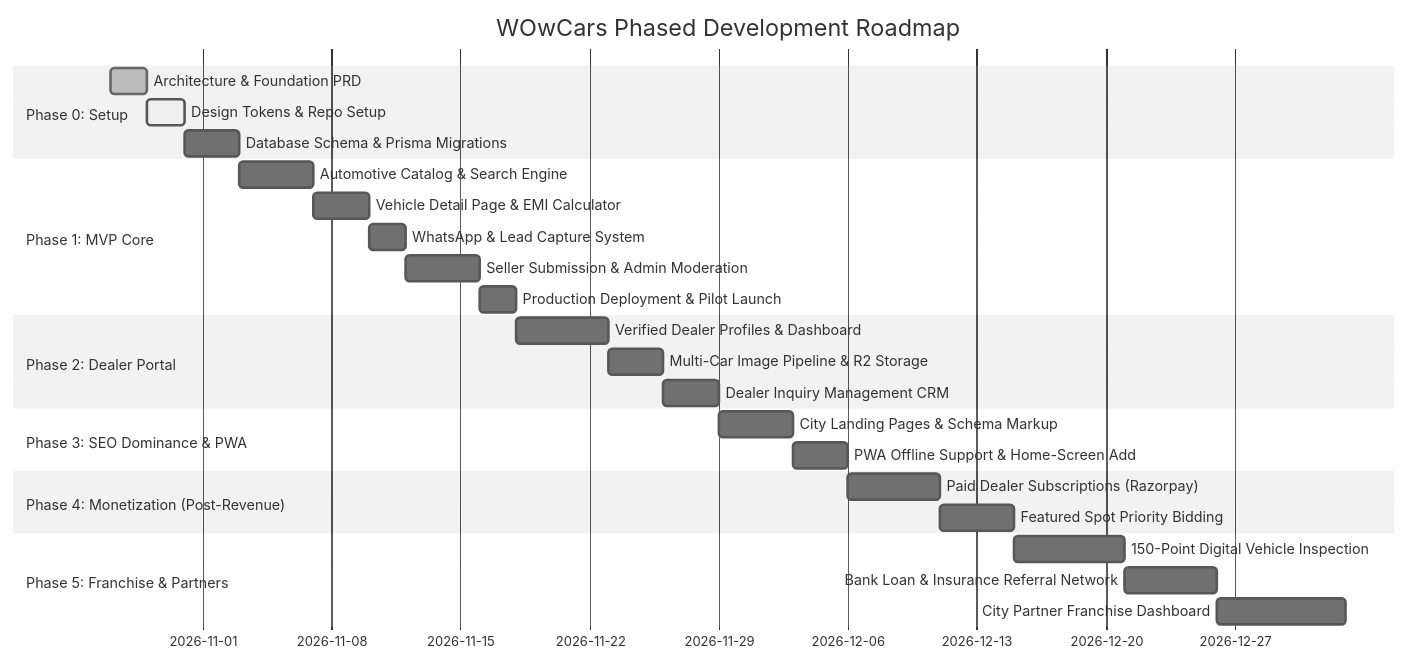
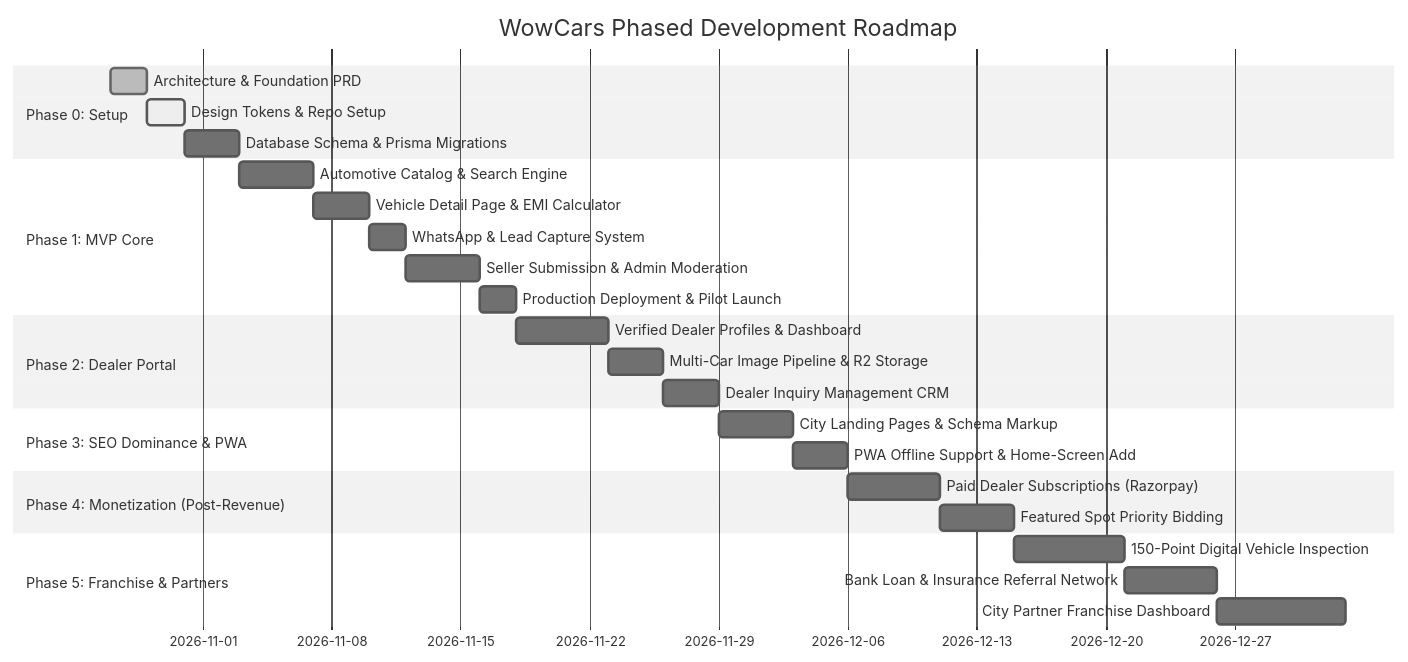
The diagram in docs/IMPLEMENTATION_ROADMAP.md (traderdev777/WowCars), drawn with Mermaid (neutral theme) before and after one commit. The commit also changed other lines of this file and 33 other files, not shown here.

Commit message:
refactor(branding): standardize brand name to WowCars across entire codebase, UI, metadata, and docs

````diff
--- a/docs/IMPLEMENTATION_ROADMAP.md
+++ b/docs/IMPLEMENTATION_ROADMAP.md
@@ -11,29 +11,29 @@
 ```mermaid
 gantt
-    title WOwCars Phased Development Roadmap
+    title WowCars Phased Development Roadmap
     dateFormat  YYYY-MM-DD
     section Phase 0: Setup
     Architecture & Foundation PRD           :done,    p0_1, 2026-10-27, 2d
     Design Tokens & Repo Setup              :active,  p0_2, after p0_1, 2d
     Database Schema & Prisma Migrations     :         p0_3, after p0_2, 3d
     section Phase 1: MVP Core
     Automotive Catalog & Search Engine      :         p1_1, after p0_3, 4d
     Vehicle Detail Page & EMI Calculator   :         p1_2, after p1_1, 3d
     WhatsApp & Lead Capture System          :         p1_3, after p1_2, 2d
     Seller Submission & Admin Moderation    :         p1_4, after p1_3, 4d
     Production Deployment & Pilot Launch    :         p1_5, after p1_4, 2d
     section Phase 2: Dealer Portal
     Verified Dealer Profiles & Dashboard    :         p2_1, after p1_5, 5d
     Multi-Car Image Pipeline & R2 Storage   :         p2_2, after p2_1, 3d
     Dealer Inquiry Management CRM           :         p2_3, after p2_2, 3d
     section Phase 3: SEO Dominance & PWA
     City Landing Pages & Schema Markup      :         p3_1, after p2_3, 4d
     PWA Offline Support & Home-Screen Add   :         p3_2, after p3_1, 3d
     section Phase 4: Monetization (Post-Revenue)
     Paid Dealer Subscriptions (Razorpay)    :         p4_1, after p3_2, 5d
     Featured Spot Priority Bidding          :         p4_2, after p4_1, 4d
     section Phase 5: Franchise & Partners
     150-Point Digital Vehicle Inspection    :         p5_1, after p4_2, 6d
     Bank Loan & Insurance Referral Network  :         p5_2, after p5_1, 5d
     City Partner Franchise Dashboard        :         p5_3, after p5_2, 7d
 ```
````
